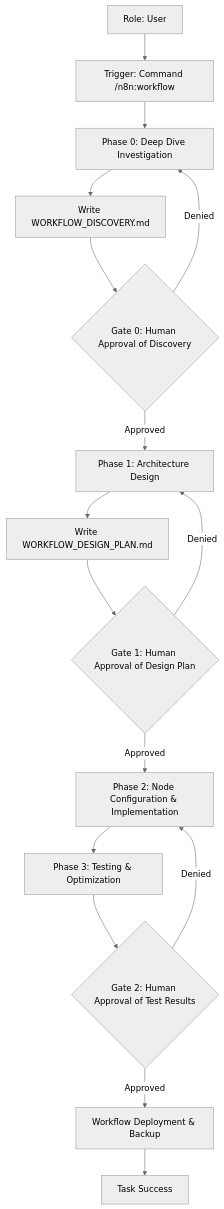
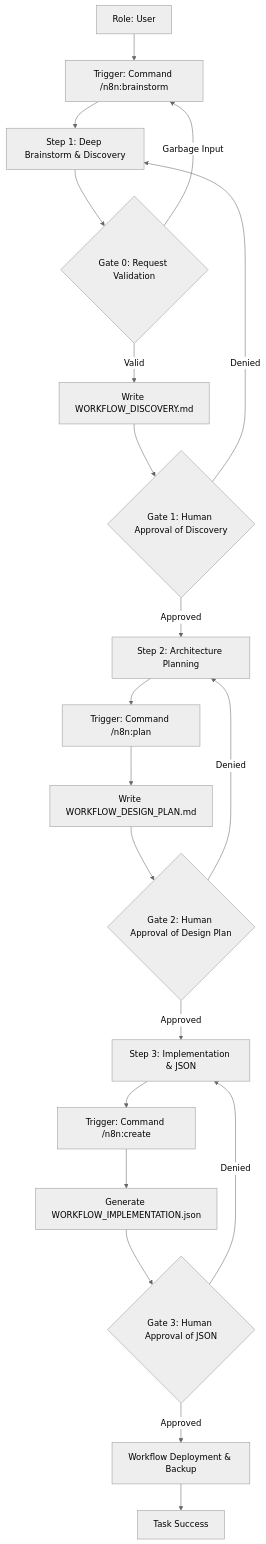
The diagram in docs/use_cases/n8n_workflow_automation.md (SouzaEduardoAC/ai-agents), drawn with Mermaid (neutral theme) before and after one commit. The commit also changed other lines of this file and 9 other files, not shown here.

````diff
--- a/docs/use_cases/n8n_workflow_automation.md
+++ b/docs/use_cases/n8n_workflow_automation.md
@@ -12,18 +12,22 @@
 ```mermaid
 graph TD
-    A[Role: User] --> B[Trigger: Command /n8n:workflow]
-    B --> C[Phase 0: Deep Dive Investigation]
-    C --> C1[Write WORKFLOW_DISCOVERY.md]
-    C1 --> C2{Gate 0: Human Approval of Discovery}
+    A[Role: User] --> B[Trigger: Command /n8n:brainstorm]
+    B --> C[Step 1: Deep Brainstorm & Discovery]
+    C --> C0{Gate 0: Request Validation}
+    C0 -- "Garbage Input" --> B
+    C0 -- "Valid" --> C1[Write WORKFLOW_DISCOVERY.md]
+    C1 --> C2{Gate 1: Human Approval of Discovery}
     C2 -- Denied --> C
-    C2 -- Approved --> D[Phase 1: Architecture Design]
-    D --> E[Write WORKFLOW_DESIGN_PLAN.md]
-    E --> F{Gate 1: Human Approval of Design Plan}
+    C2 -- Approved --> D[Step 2: Architecture Planning]
+    D --> D0[Trigger: Command /n8n:plan]
+    D0 --> E[Write WORKFLOW_DESIGN_PLAN.md]
+    E --> F{Gate 2: Human Approval of Design Plan}
     F -- Denied --> D
-    F -- Approved --> G[Phase 2: Node Configuration & Implementation]
-    G --> H[Phase 3: Testing & Optimization]
-    H --> I{Gate 2: Human Approval of Test Results}
+    F -- Approved --> G[Step 3: Implementation & JSON]
+    G --> G0[Trigger: Command /n8n:create]
+    G0 --> H[Generate WORKFLOW_IMPLEMENTATION.json]
+    H --> I{Gate 3: Human Approval of JSON}
     I -- Denied --> G
     I -- Approved --> J[Workflow Deployment & Backup]
     J --> K[Task Success]
 ```
````
